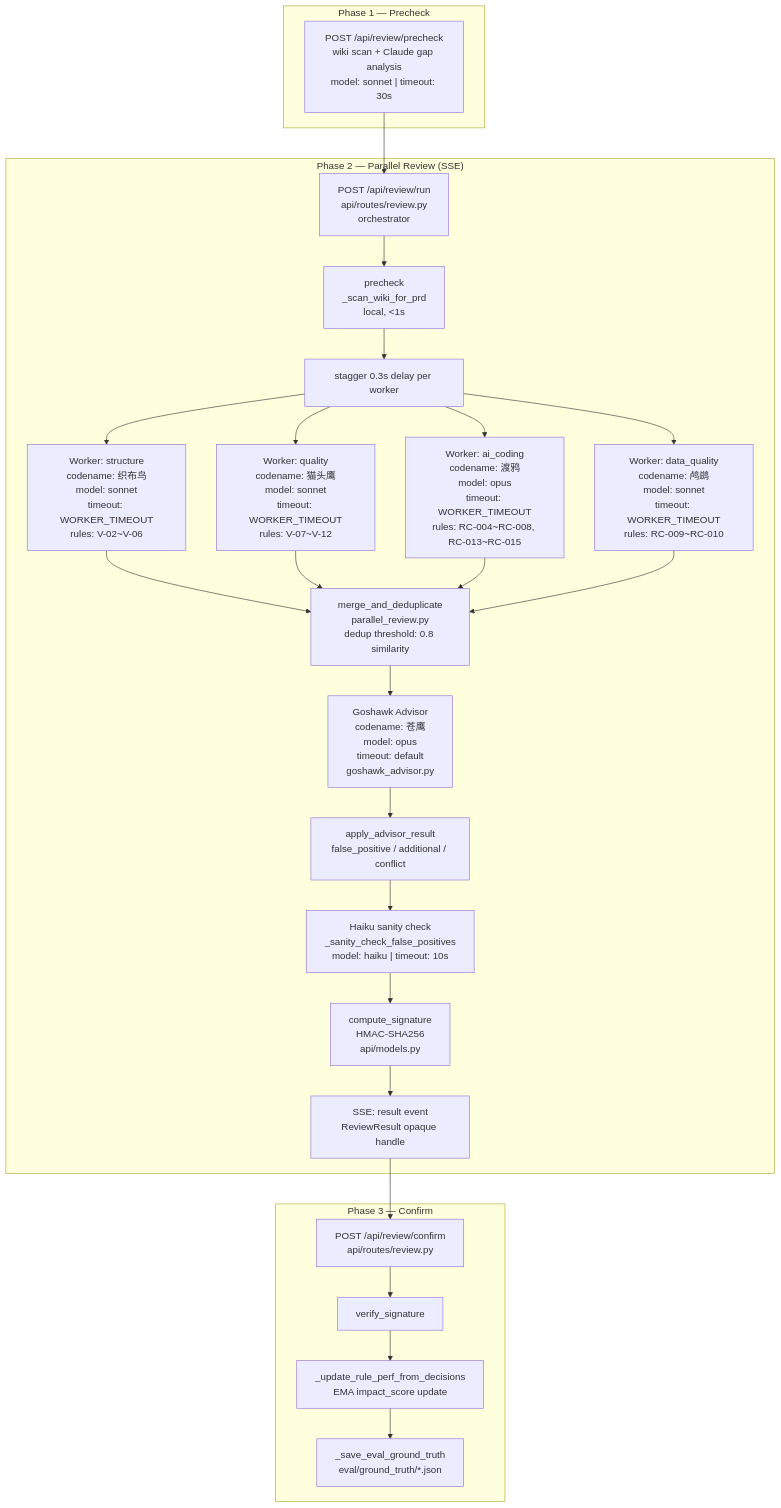
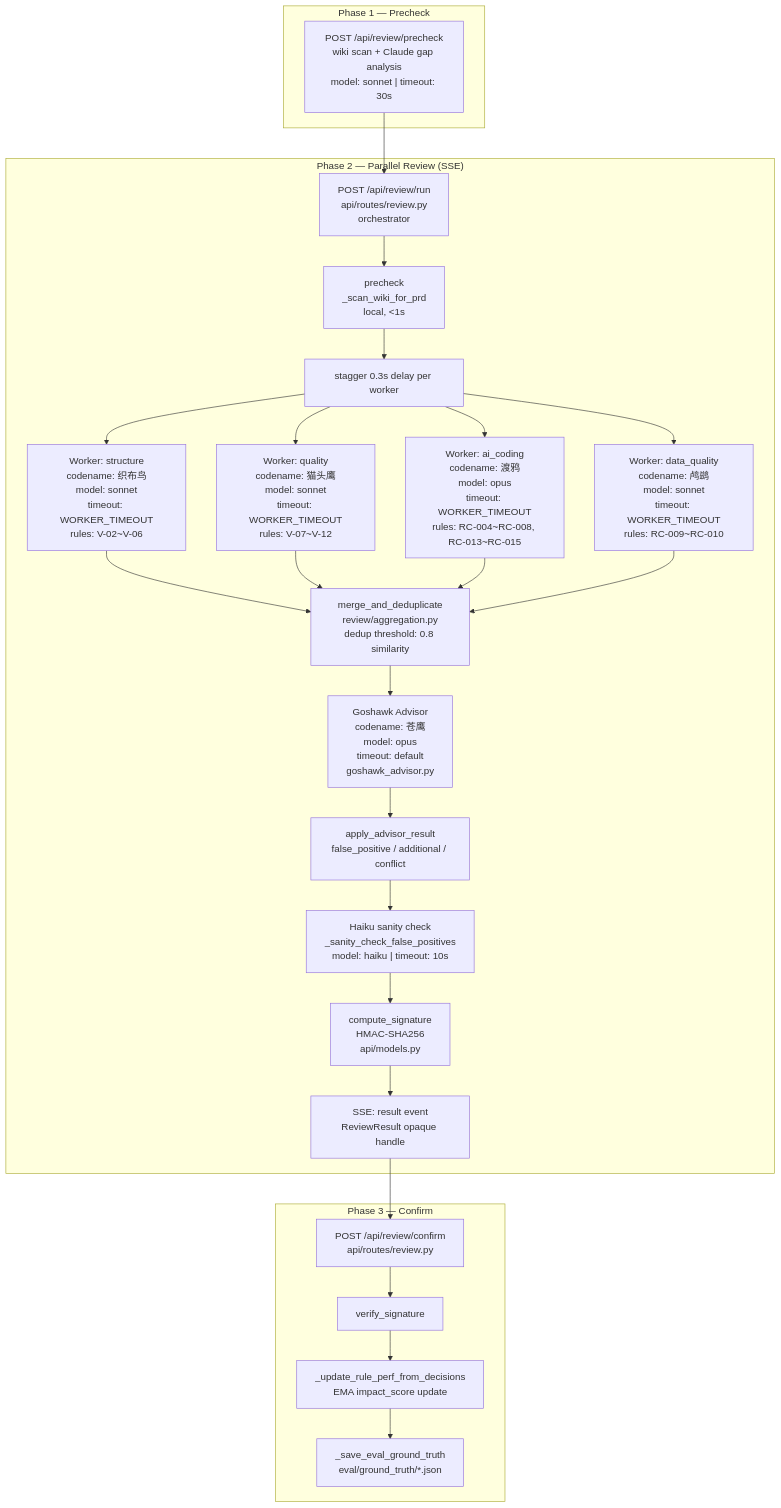
One commit to albedolyu/pecker-prd-review-agent changed the first of 3 diagrams in ARCHITECTURE.md. Above: the diagram before and after it, drawn with Mermaid. The commit also changed other lines of this file and 12 other files, not shown here.

First line of the commit message:
refactor(review): split parallel_review.py 1223 → 78 行 facade

````diff
--- a/ARCHITECTURE.md
+++ b/ARCHITECTURE.md
@@ -5,39 +5,39 @@
 ```mermaid
 flowchart TD
     subgraph "Phase 1 — Precheck"
         A["POST /api/review/precheck<br/>wiki scan + Claude gap analysis<br/>model: sonnet | timeout: 30s"]
     end
 
     subgraph "Phase 2 — Parallel Review (SSE)"
         B["POST /api/review/run<br/>api/routes/review.py<br/>orchestrator"]
         B --> C["precheck<br/>_scan_wiki_for_prd<br/>local, <1s"]
         C --> D0["stagger 0.3s delay per worker"]
 
         D0 --> D1["Worker: structure<br/>codename: 织布鸟<br/>model: sonnet<br/>timeout: WORKER_TIMEOUT<br/>rules: V-02~V-06"]
         D0 --> D2["Worker: quality<br/>codename: 猫头鹰<br/>model: sonnet<br/>timeout: WORKER_TIMEOUT<br/>rules: V-07~V-12"]
         D0 --> D3["Worker: ai_coding<br/>codename: 渡鸦<br/>model: opus<br/>timeout: WORKER_TIMEOUT<br/>rules: RC-004~RC-008, RC-013~RC-015"]
         D0 --> D4["Worker: data_quality<br/>codename: 鸬鹚<br/>model: sonnet<br/>timeout: WORKER_TIMEOUT<br/>rules: RC-009~RC-010"]
 
-        D1 --> E["merge_and_deduplicate<br/>parallel_review.py<br/>dedup threshold: 0.8 similarity"]
+        D1 --> E["merge_and_deduplicate<br/>review/aggregation.py<br/>dedup threshold: 0.8 similarity"]
         D2 --> E
         D3 --> E
         D4 --> E
 
         E --> F["Goshawk Advisor<br/>codename: 苍鹰<br/>model: opus<br/>timeout: default<br/>goshawk_advisor.py"]
 
         F --> G["apply_advisor_result<br/>false_positive / additional / conflict"]
         G --> H["Haiku sanity check<br/>_sanity_check_false_positives<br/>model: haiku | timeout: 10s"]
         H --> I["compute_signature<br/>HMAC-SHA256<br/>api/models.py"]
         I --> J["SSE: result event<br/>ReviewResult opaque handle"]
     end
 
     subgraph "Phase 3 — Confirm"
         K["POST /api/review/confirm<br/>api/routes/review.py"]
         K --> L["verify_signature"]
         L --> M["_update_rule_perf_from_decisions<br/>EMA impact_score update"]
         M --> N["_save_eval_ground_truth<br/>eval/ground_truth/*.json"]
     end
 
     A --> B
     J --> K
 ```
````
